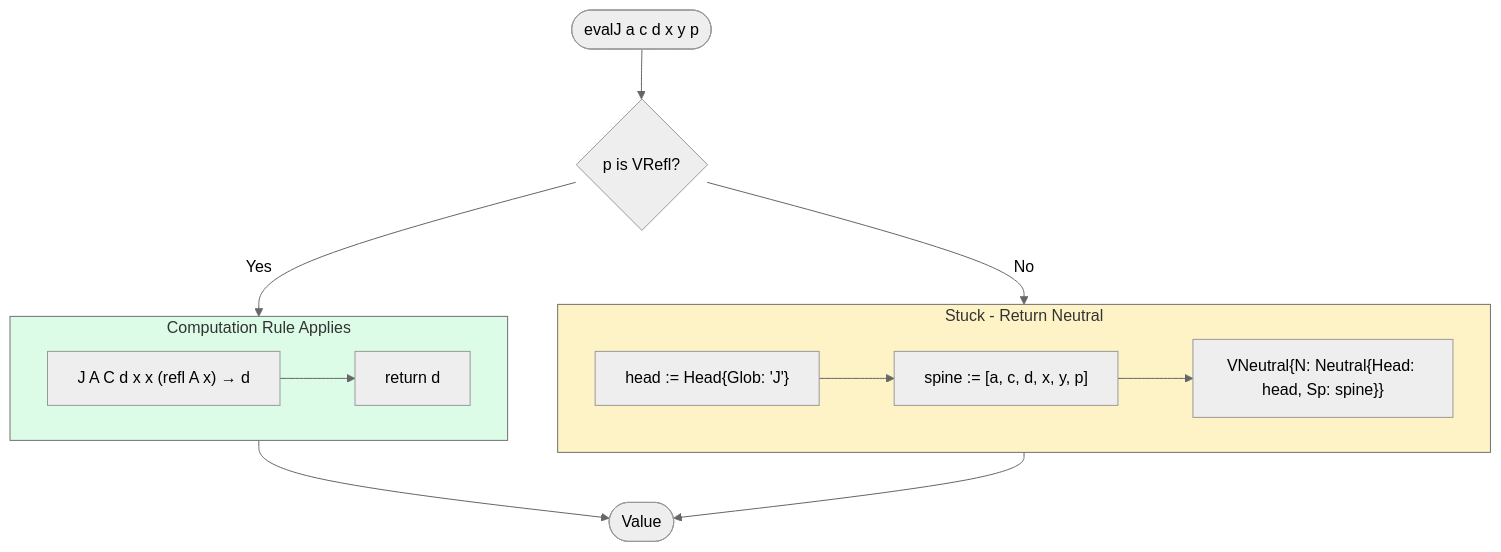
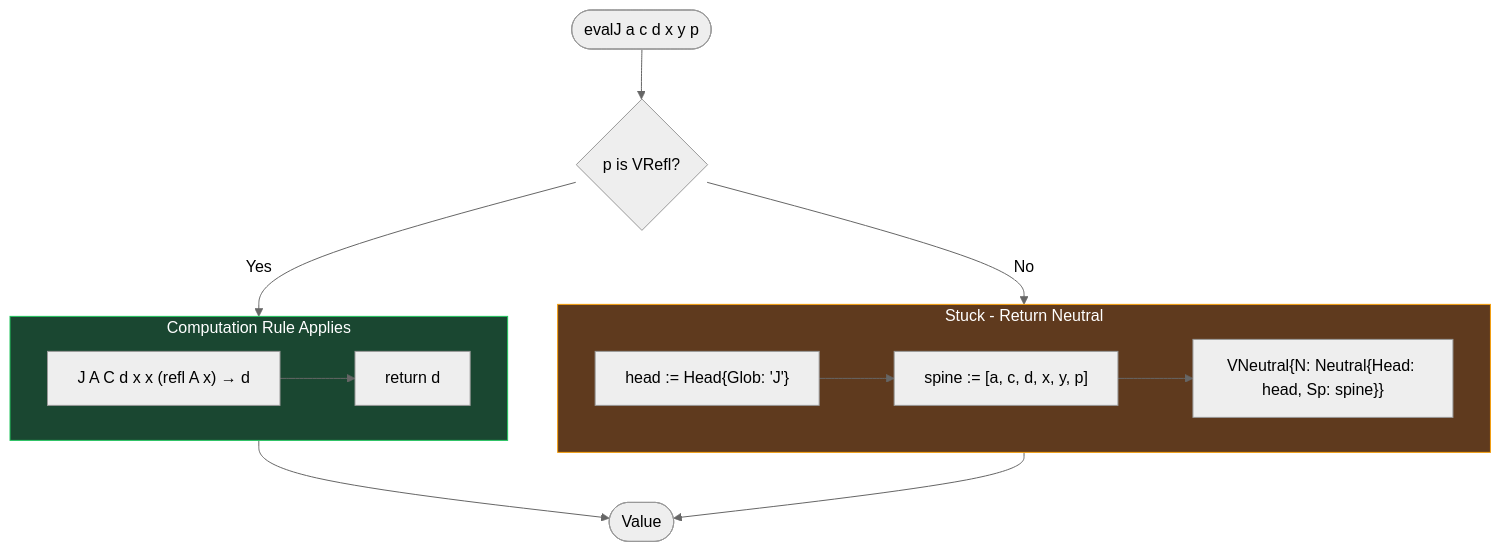
Diagram 15 of 23 in DIAGRAMS.md (watchthelight/HypergraphGo), drawn with Mermaid (neutral theme) before and after one commit. The commit also changed other lines of this file, not shown here.

First line of the commit message:
docs(diagrams): add master architecture diagram with dark theme

````diff
--- a/DIAGRAMS.md
+++ b/DIAGRAMS.md
@@ -653,26 +1108,26 @@
 ```mermaid
 flowchart TB
     Start([evalJ a c d x y p]) --> CheckProof{p is VRefl?}
 
     CheckProof -->|Yes| ComputationRule
     CheckProof -->|No| StuckNeutral
 
     subgraph ComputationRule["Computation Rule Applies"]
         CR1["J A C d x x (refl A x) → d"]
         CR2["return d"]
         CR1 --> CR2
     end
 
     subgraph StuckNeutral["Stuck - Return Neutral"]
         SN1["head := Head{Glob: 'J'}"]
         SN2["spine := [a, c, d, x, y, p]"]
         SN3["VNeutral{N: Neutral{Head: head, Sp: spine}}"]
         SN1 --> SN2 --> SN3
     end
 
     ComputationRule --> Result([Value])
     StuckNeutral --> Result
 
-    style ComputationRule fill:#dcfce7
-    style StuckNeutral fill:#fef3c7
+    style ComputationRule fill:#1a4731,stroke:#22c55e,color:#fff
+    style StuckNeutral fill:#5f3a1e,stroke:#f59e0b,color:#fff
 ```
````
